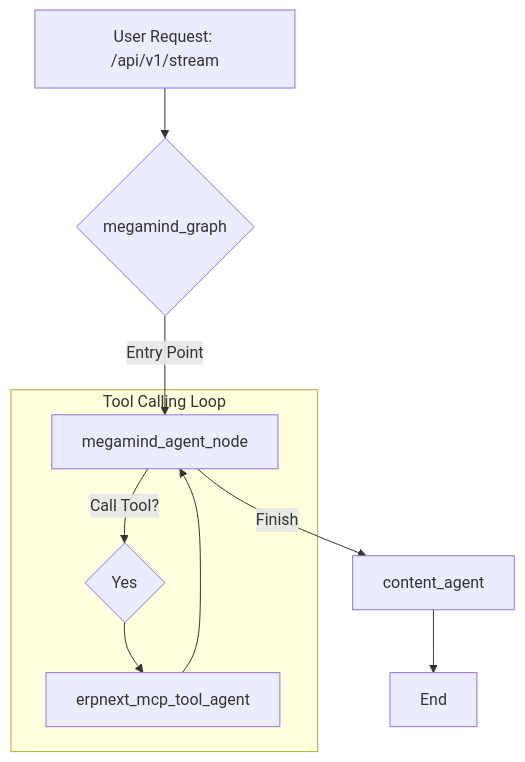
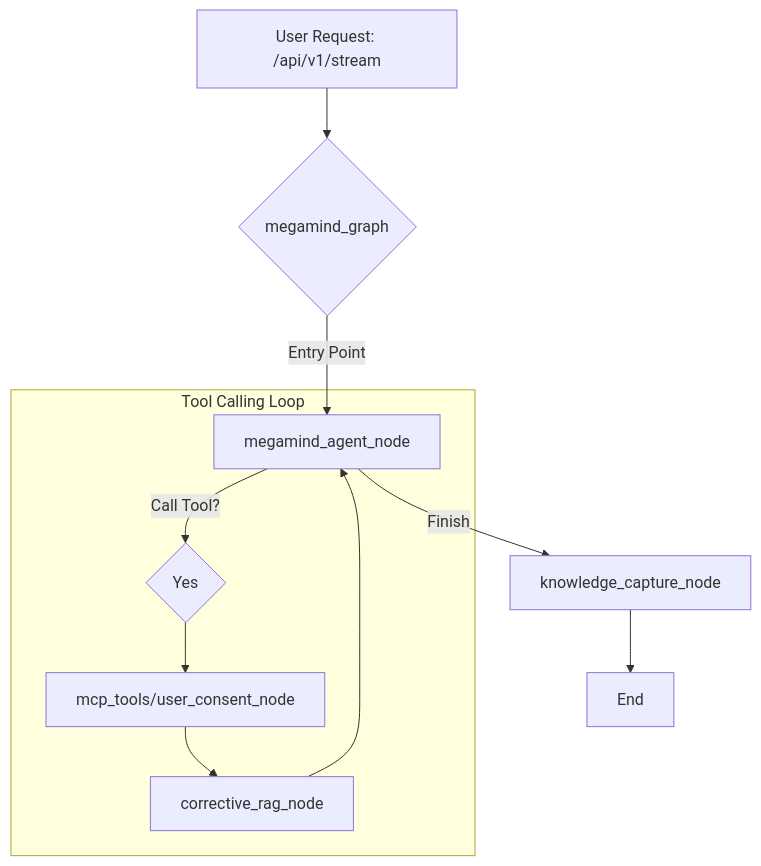
Before and after one commit to belee-aim/megamind: the first of 4 diagrams in CODEBASE_OVERVIEW.md, drawn with Mermaid. The commit also changed other lines of this file and 13 other files, not shown here.

````diff
--- a/CODEBASE_OVERVIEW.md
+++ b/CODEBASE_OVERVIEW.md
@@ -135,14 +135,15 @@
 ```mermaid
 graph TD
     A[User Request: /api/v1/stream] --> B{megamind_graph};
     B -- Entry Point --> C[megamind_agent_node];
 
     subgraph "Tool Calling Loop"
         C -- Call Tool? --> D{Yes};
-        D --> F[erpnext_mcp_tool_agent];
-        F --> C;
+        D --> F[mcp_tools/user_consent_node];
+        F --> G[corrective_rag_node];
+        G --> C;
     end
 
-    C -- Finish --> H[content_agent];
+    C -- Finish --> H[knowledge_capture_node];
     H --> I[End];
 ```
````
